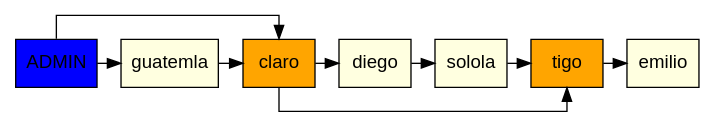
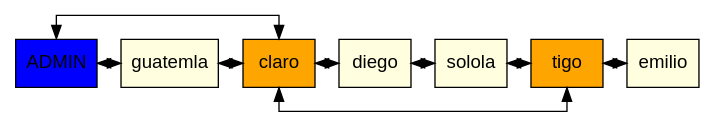
The diagram in output/reporte_matriz.dot (DavidVelasquez77/EDD_PROYECTO1), drawn with Graphviz before and after one commit. The commit also changed 3 other files, not shown here.

```diff
--- a/output/reporte_matriz.dot
+++ b/output/reporte_matriz.dot
@@ -1,23 +1,24 @@
 digraph MatrizDispersa {
   node [shape=box, style=filled, fontname=Arial];
   splines=ortho;
   rankdir=TB;
+  edge [dir=both];
   "ADMIN" [fillcolor=blue, group=1, pos="0,0!"];
   "guatemla" [fillcolor=lightyellow, group=2, pos="2,0!"];
-  "ADMIN" -> "guatemla";
+  "ADMIN" -> "guatemla" [dir=both];
   "claro" [fillcolor=lightyellow, group=3, pos="3,0!"];
-  "guatemla" -> "claro";
+  "guatemla" -> "claro" [dir=both];
   "diego" [fillcolor=lightyellow, group=4, pos="4,0!"];
-  "claro" -> "diego";
+  "claro" -> "diego" [dir=both];
   "solola" [fillcolor=lightyellow, group=5, pos="5,0!"];
-  "diego" -> "solola";
+  "diego" -> "solola" [dir=both];
   "tigo" [fillcolor=lightyellow, group=6, pos="6,0!"];
-  "solola" -> "tigo";
+  "solola" -> "tigo" [dir=both];
   "emilio" [fillcolor=lightyellow, group=7, pos="7,0!"];
-  "tigo" -> "emilio";
+  "tigo" -> "emilio" [dir=both];
   "claro" [fillcolor=orange, group=1, pos="0,-1!"];
-  "ADMIN" -> "claro";
+  "ADMIN" -> "claro" [dir=both];
   "tigo" [fillcolor=orange, group=1, pos="0,-2!"];
-  "claro" -> "tigo";
+  "claro" -> "tigo" [dir=both];
   { rank=same; "ADMIN" "guatemla" "claro" "diego" "solola" "tigo" "emilio" }
 }
```
